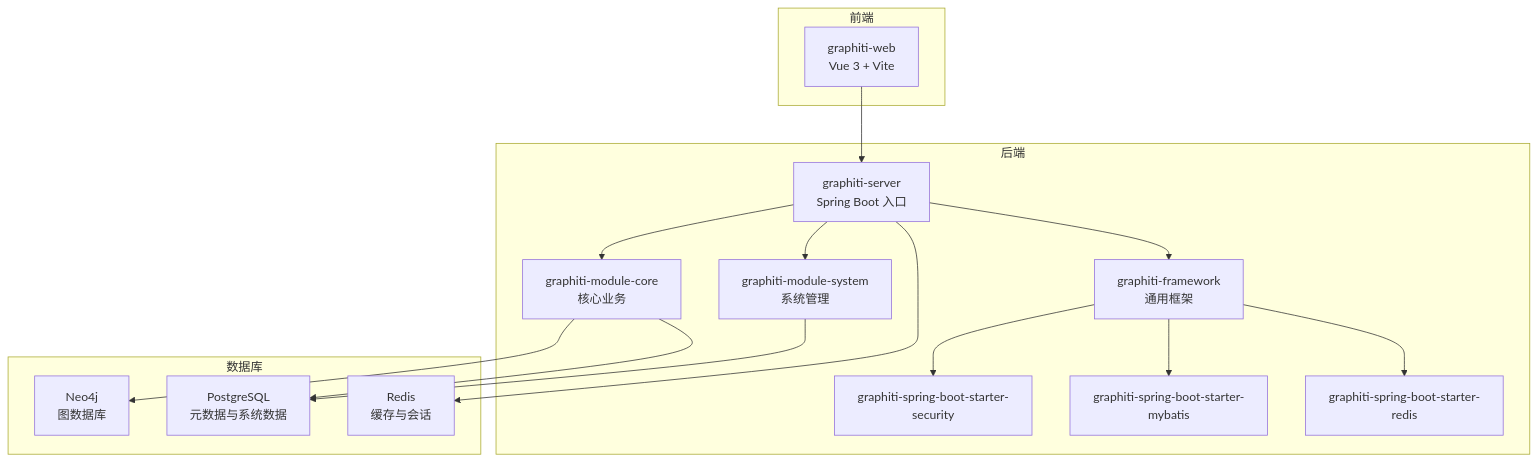
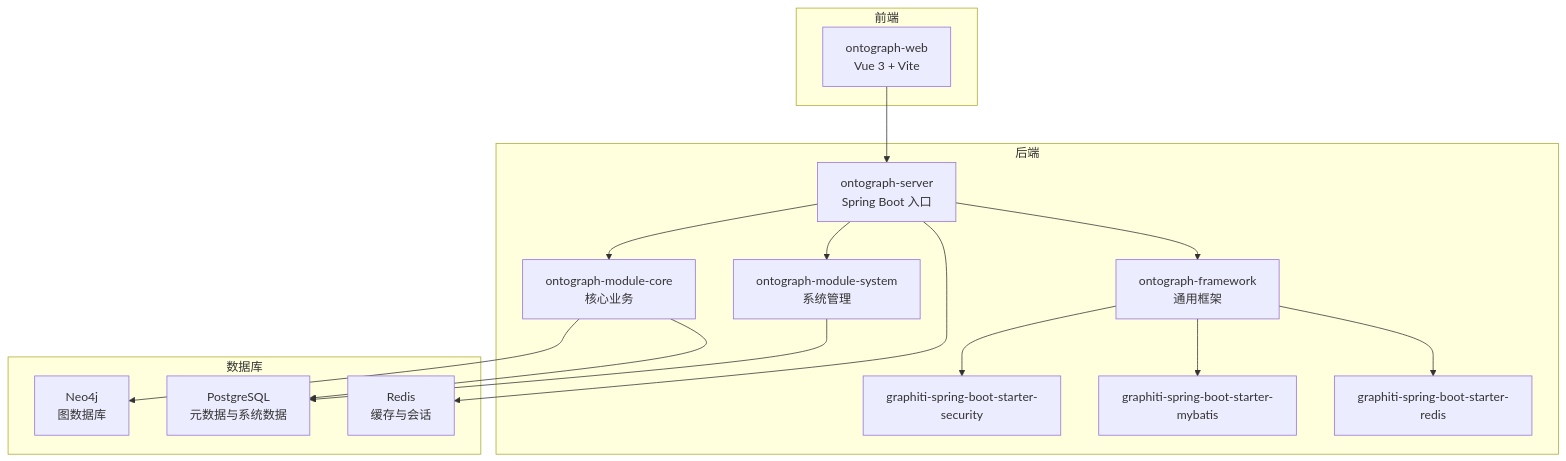
One commit to joezxh/graphiti-java changed the first of 5 diagrams in docs/manual/开发指南/开发工具与配置.md. Above: the diagram before and after it, drawn with Mermaid. The commit also changed other lines of this file and 200 other files, not shown here.

````diff
--- a/docs/manual/开发指南/开发工具与配置.md
+++ b/docs/manual/开发指南/开发工具与配置.md
@@ -49,31 +49,31 @@
 ```mermaid
 graph TB
 subgraph "后端"
-S["graphiti-server<br/>Spring Boot 入口"]
-F1["graphiti-framework<br/>通用框架"]
+S["ontograph-server<br/>Spring Boot 入口"]
+F1["ontograph-framework<br/>通用框架"]
 F2["graphiti-spring-boot-starter-security"]
 F3["graphiti-spring-boot-starter-mybatis"]
 F4["graphiti-spring-boot-starter-redis"]
-M1["graphiti-module-system<br/>系统管理"]
-M2["graphiti-module-core<br/>核心业务"]
+M1["ontograph-module-system<br/>系统管理"]
+M2["ontograph-module-core<br/>核心业务"]
 end
 subgraph "前端"
-W["graphiti-web<br/>Vue 3 + Vite"]
+W["ontograph-web<br/>Vue 3 + Vite"]
 end
 subgraph "数据库"
 N["Neo4j<br/>图数据库"]
 P["PostgreSQL<br/>元数据与系统数据"]
 R["Redis<br/>缓存与会话"]
 end
 W --> S
 S --> M1
 S --> M2
 S --> F1
 F1 --> F2
 F1 --> F3
 F1 --> F4
 M2 --> N
 M1 --> P
 M2 --> P
 S --> R
 ```
````
